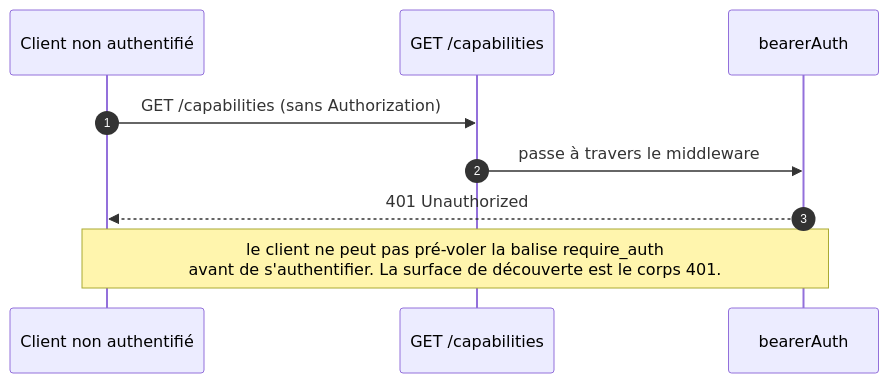
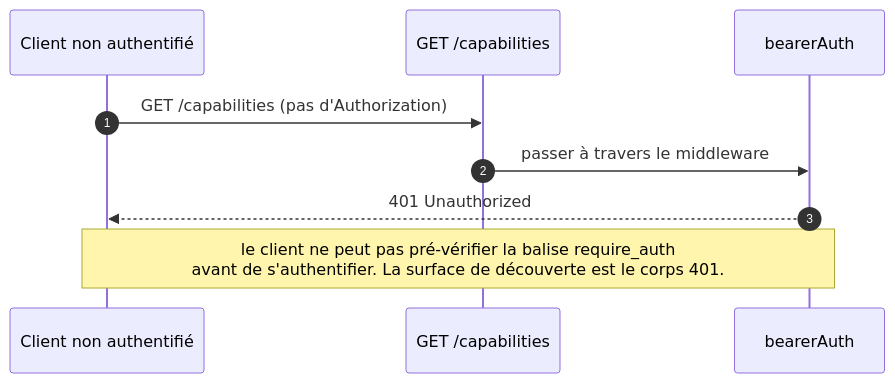
Before and after one commit to QwenLM/qwen-code-docs: the third of 4 diagrams in website/content/fr/developers/daemon/12-auth-security.md, drawn with Mermaid. The commit also changed other lines of this file and 1077 other files, not shown here.

````diff
--- a/website/content/fr/developers/daemon/12-auth-security.md
+++ b/website/content/fr/developers/daemon/12-auth-security.md
@@ -208,12 +226,12 @@
 ```mermaid
 sequenceDiagram
     autonumber
     participant C as Client non authentifié
     participant CAPS as GET /capabilities
     participant BA as bearerAuth
 
-    C->>CAPS: GET /capabilities (sans Authorization)
-    CAPS->>BA: passe à travers le middleware
+    C->>CAPS: GET /capabilities (pas d'Authorization)
+    CAPS->>BA: passer à travers le middleware
     BA-->>C: 401 Unauthorized
-    Note over C,BA: le client ne peut pas pré-voler la balise require_auth<br/>avant de s'authentifier. La surface de découverte est le corps 401.
+    Note over C,BA: le client ne peut pas pré-vérifier la balise require_auth<br/>avant de s'authentifier. La surface de découverte est le corps 401.
 ```
````
